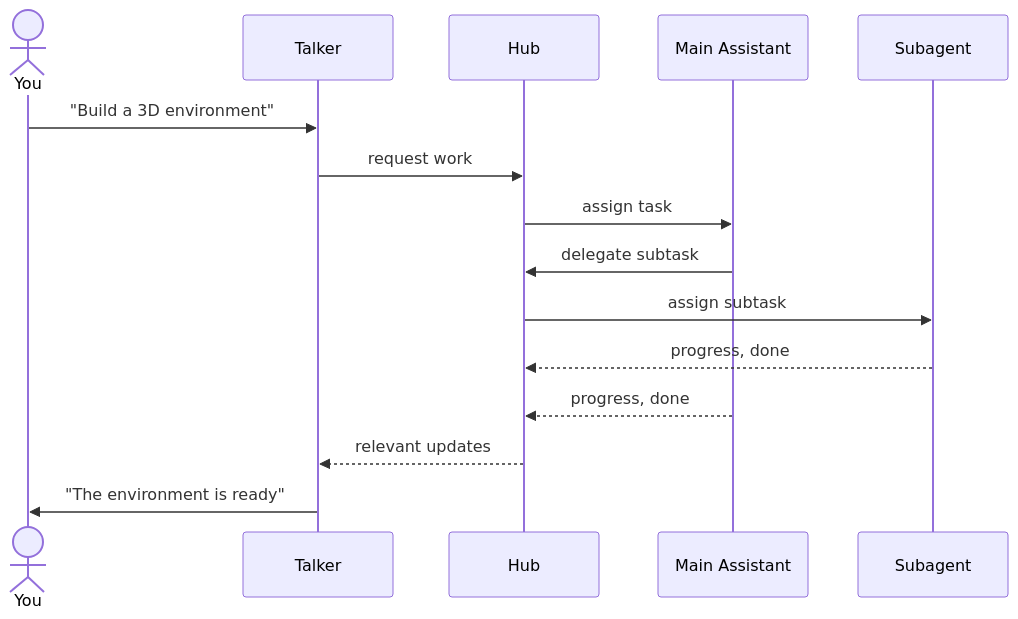
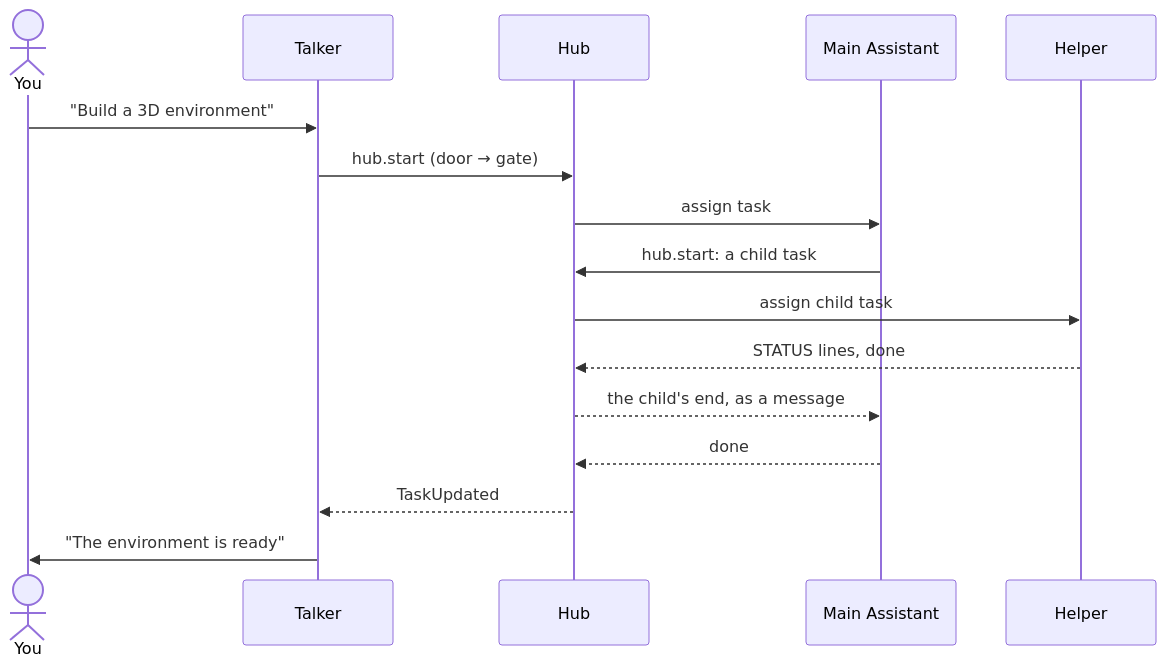
Before and after one commit to sharramon/AI_Assistant: the first of 7 diagrams in docs/architecture/agents.md, drawn with Mermaid. The commit also changed other lines of this file and 84 other files, not shown here.

Commit message:
Architecture docs audit: pages checked against the code; seven new SVGs replace the six stale ones; the README bird's-eye; API pages; links to deleted notes fixed; the audit note

````diff
--- a/docs/architecture/agents.md
+++ b/docs/architecture/agents.md
@@ -146,17 +161,18 @@
 ```mermaid
 sequenceDiagram
     actor You
     participant T as Talker
     participant H as Hub
     participant M as Main Assistant
-    participant S as Subagent
+    participant S as Helper
     You->>T: "Build a 3D environment"
-    T->>H: request work
+    T->>H: hub.start (door → gate)
     H->>M: assign task
-    M->>H: delegate subtask
-    H->>S: assign subtask
-    S-->>H: progress, done
-    M-->>H: progress, done
-    H-->>T: relevant updates
+    M->>H: hub.start: a child task
+    H->>S: assign child task
+    S-->>H: STATUS lines, done
+    H-->>M: the child's end, as a message
+    M-->>H: done
+    H-->>T: TaskUpdated
     T->>You: "The environment is ready"
 ```
````
